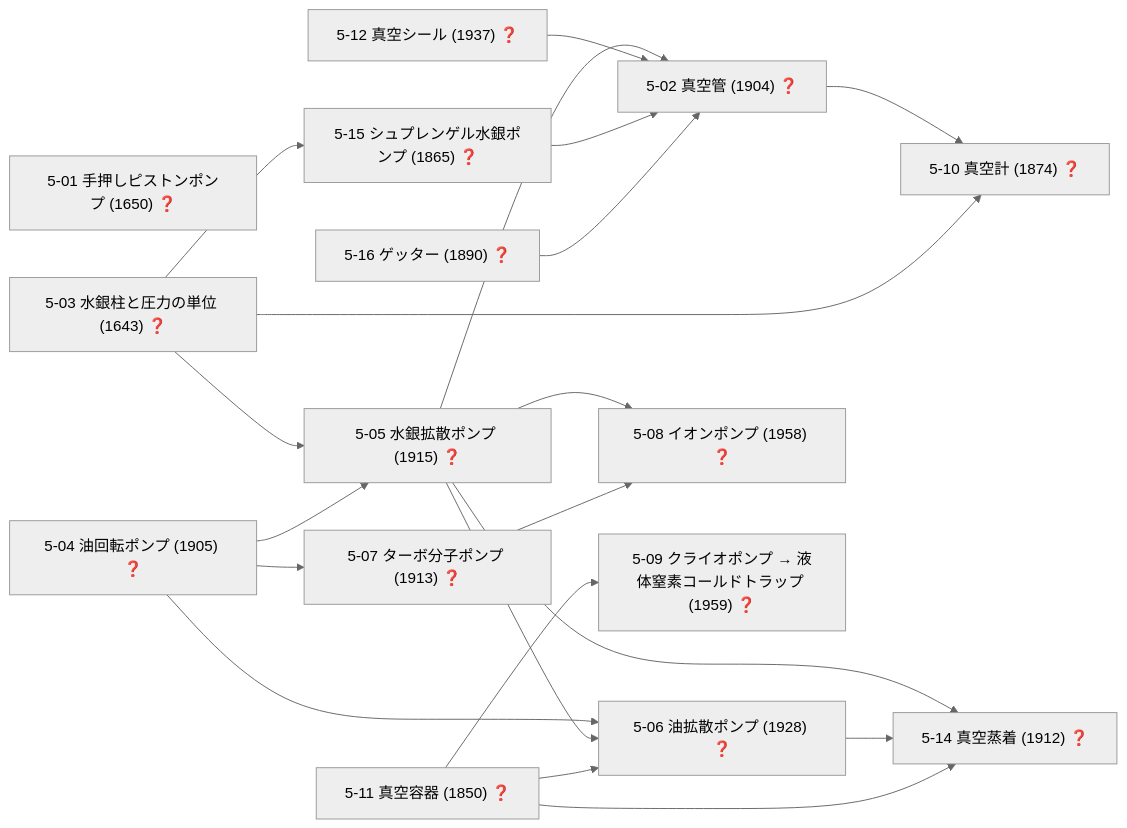
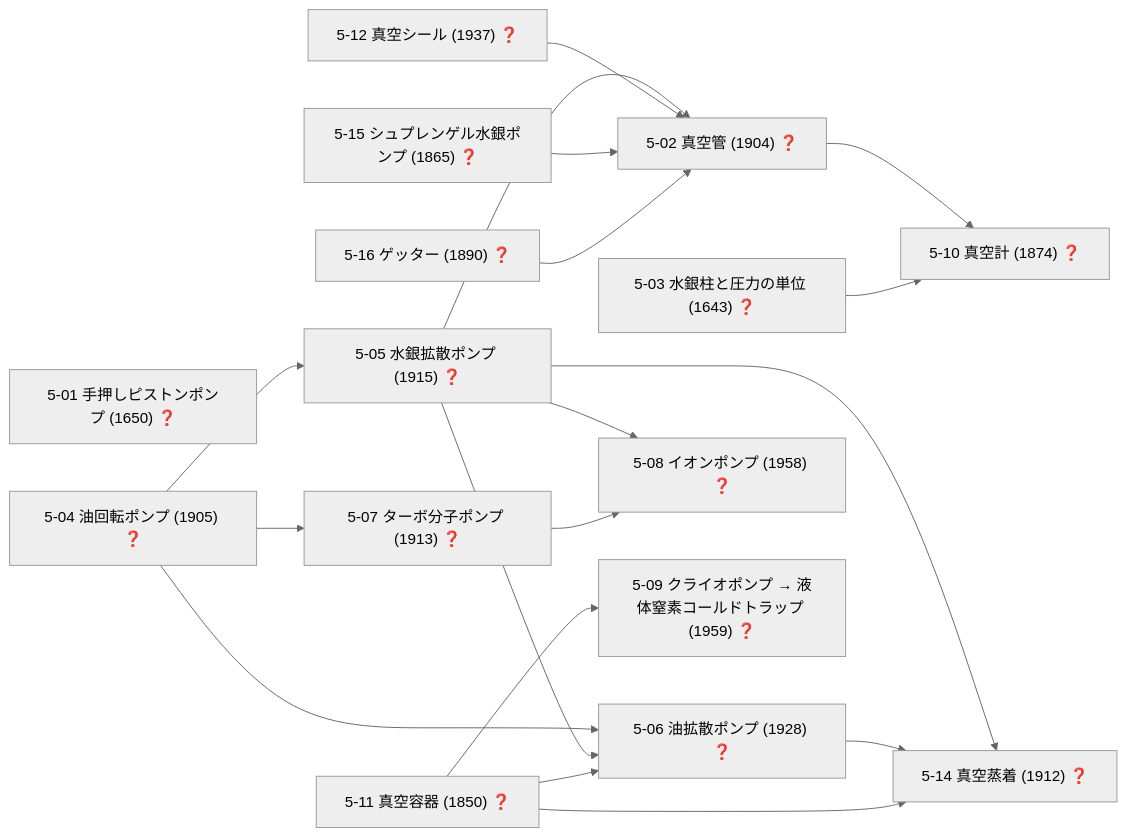
The eighth of 19 diagrams in docs/TECH_TREE_VIEW.md (taku3i0317-collab/semiconductor-lab), drawn with Mermaid (neutral theme) before and after one commit. The commit also changed other lines of this file and 3 other files, not shown here.

````diff
--- a/docs/TECH_TREE_VIEW.md
+++ b/docs/TECH_TREE_VIEW.md
@@ -364,37 +364,35 @@
 ```mermaid
 graph LR
   n5_01["5-01 手押しピストンポンプ (1650) ❓"]
   n5_02["5-02 真空管 (1904) ❓"]
   n5_03["5-03 水銀柱と圧力の単位 (1643) ❓"]
   n5_04["5-04 油回転ポンプ (1905) ❓"]
   n5_05["5-05 水銀拡散ポンプ (1915) ❓"]
   n5_06["5-06 油拡散ポンプ (1928) ❓"]
   n5_07["5-07 ターボ分子ポンプ (1913) ❓"]
   n5_08["5-08 イオンポンプ (1958) ❓"]
   n5_09["5-09 クライオポンプ → 液体窒素コールドトラップ (1959) ❓"]
   n5_10["5-10 真空計 (1874) ❓"]
   n5_11["5-11 真空容器 (1850) ❓"]
   n5_12["5-12 真空シール (1937) ❓"]
   n5_14["5-14 真空蒸着 (1912) ❓"]
   n5_15["5-15 シュプレンゲル水銀ポンプ (1865) ❓"]
   n5_16["5-16 ゲッター (1890) ❓"]
   n5_05-->n5_02
   n5_12-->n5_02
   n5_15-->n5_02
   n5_16-->n5_02
-  n5_03-->n5_05
   n5_04-->n5_05
   n5_04-->n5_06
   n5_05-->n5_06
   n5_11-->n5_06
   n5_04-->n5_07
   n5_05-->n5_08
   n5_07-->n5_08
   n5_11-->n5_09
   n5_02-->n5_10
   n5_03-->n5_10
   n5_05-->n5_14
   n5_06-->n5_14
   n5_11-->n5_14
-  n5_03-->n5_15
 ```
````
